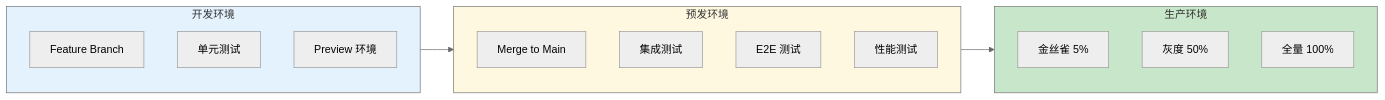
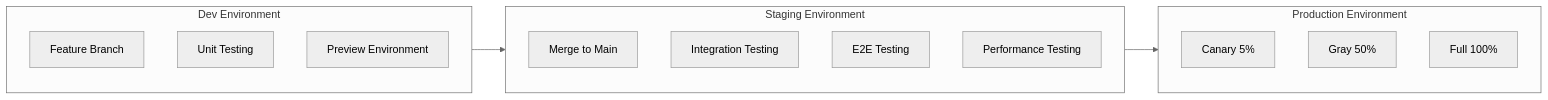
One commit to teaglebuilt/knowledge-tree changed the third of 7 diagrams in tree/application/architecture/cloudnative-devops-architecture.md. Above: the diagram before and after it, drawn with Mermaid (neutral theme). The commit also changed other lines of this file and 16 other files, not shown here.

````diff
--- a/tree/application/architecture/cloudnative-devops-architecture.md
+++ b/tree/application/architecture/cloudnative-devops-architecture.md
@@ -331,27 +233,23 @@
 ```mermaid
 flowchart LR
-    subgraph DevEnv["开发环境"]
+    subgraph DevEnv["Dev Environment"]
         DEV_CODE["Feature Branch"]
-        DEV_TEST["单元测试"]
-        DEV_PREVIEW["Preview 环境"]
+        DEV_TEST["Unit Testing"]
+        DEV_PREVIEW["Preview Environment"]
     end
 
-    subgraph StagingEnv["预发环境"]
+    subgraph StagingEnv["Staging Environment"]
         STG_MERGE["Merge to Main"]
-        STG_INTEGRATION["集成测试"]
-        STG_E2E["E2E 测试"]
-        STG_PERF["性能测试"]
+        STG_INTEGRATION["Integration Testing"]
+        STG_E2E["E2E Testing"]
+        STG_PERF["Performance Testing"]
     end
 
-    subgraph ProdEnv["生产环境"]
-        PROD_CANARY["金丝雀 5%"]
-        PROD_GRAY["灰度 50%"]
-        PROD_FULL["全量 100%"]
+    subgraph ProdEnv["Production Environment"]
+        PROD_CANARY["Canary 5%"]
+        PROD_GRAY["Gray 50%"]
+        PROD_FULL["Full 100%"]
     end
 
     DevEnv --> StagingEnv --> ProdEnv
-
-    style DevEnv fill:#e3f2fd
-    style StagingEnv fill:#fff8e1
-    style ProdEnv fill:#c8e6c9
 ```
````
